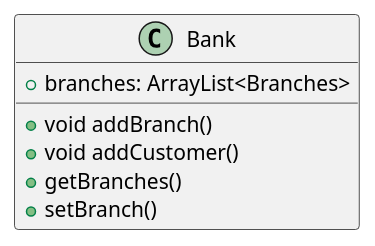
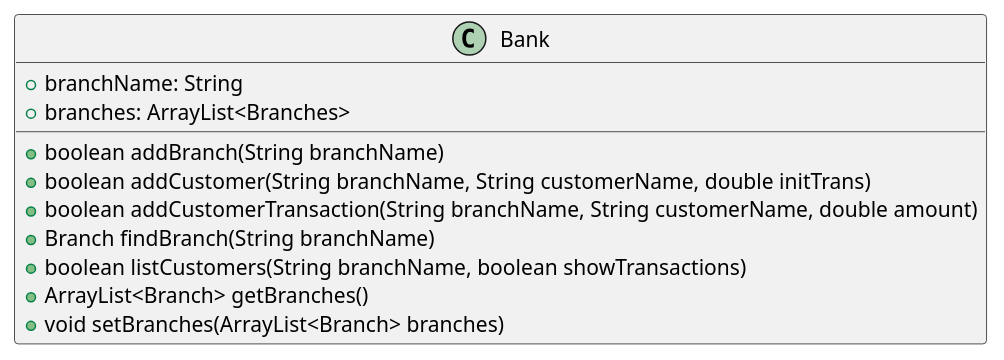
Before and after one commit to tedrosslyn/BankingCLI: the diagram in src/uk/co/rosslyn/ted/Bank.puml, drawn with PlantUML. The commit also changed 3 other files, not shown here.

```diff
--- a/src/uk/co/rosslyn/ted/Bank.puml
+++ b/src/uk/co/rosslyn/ted/Bank.puml
@@ -1,11 +1,15 @@
 @startuml
 
 class Bank {
+    +branchName: String
     +branches: ArrayList<Branches>
-    +void addBranch()
-    +void addCustomer()
-    +getBranches()
-    +setBranch()
+    +boolean addBranch(String branchName)
+    +boolean addCustomer(String branchName, String customerName, double initTrans)
+    +boolean addCustomerTransaction(String branchName, String customerName, double amount)
+    +Branch findBranch(String branchName)
+    +boolean listCustomers(String branchName, boolean showTransactions)
+    +ArrayList<Branch> getBranches()
+    +void setBranches(ArrayList<Branch> branches)
 }
 
 @enduml
```
